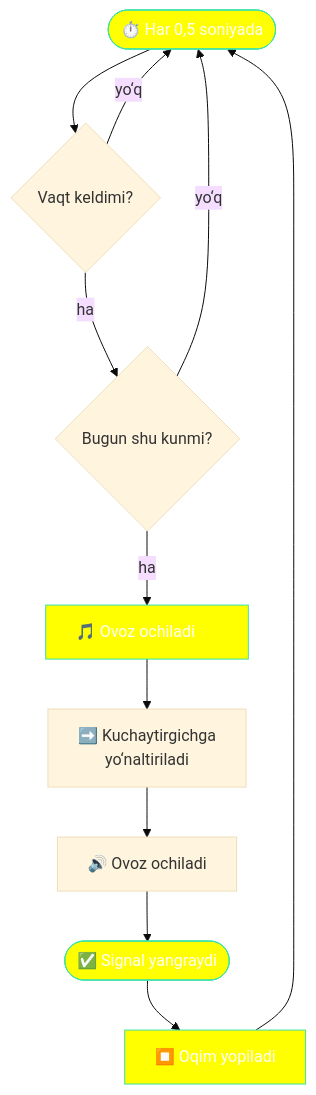
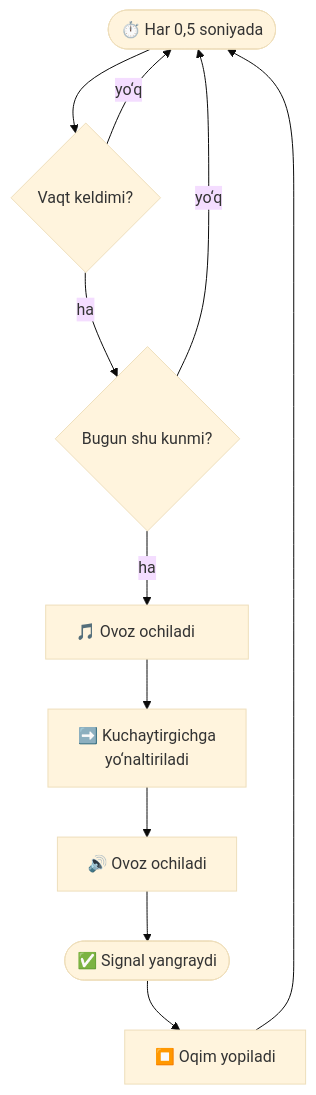
The second of 4 diagrams in README.md (mr-ikromov/school_bell_system), drawn with Mermaid (base theme) before and after one commit.

````diff
--- a/README.md
+++ b/README.md
@@ -85,18 +85,14 @@
 ```mermaid
 %%{init: {'flowchart': {'wrappingWidth': 600}}}%%
 flowchart TD
     A(["⏱️ Har 0,5 soniyada"]) --> B{"Vaqt keldimi?"}
     B -->|yo‘q| A
     B -->|ha| C{"Bugun shu kunmi?"}
     C -->|yo‘q| A
     C -->|ha| D["🎵 Ovoz ochiladi⠀⠀"]
     D --> E["➡️ Kuchaytirgichga<br/>yo‘naltiriladi"]
     E --> F["🔊 Ovoz ochiladi"]
     F --> G(["✅ Signal yangraydi"])
     G --> H["⏹️ Oqim yopiladi"]
     H --> A
-    style A fill:yellow, stroke:#38e2a8, stroke-width:1px, color:#fff
-    style D fill:yellow, stroke:#38e2a8, color:#fff
-    style G fill:yellow, stroke:#38e2a8, stroke-width:1px, color:#fff
-    style H fill:yellow, stroke:#38e2a8, color:#fff
 ```
````
